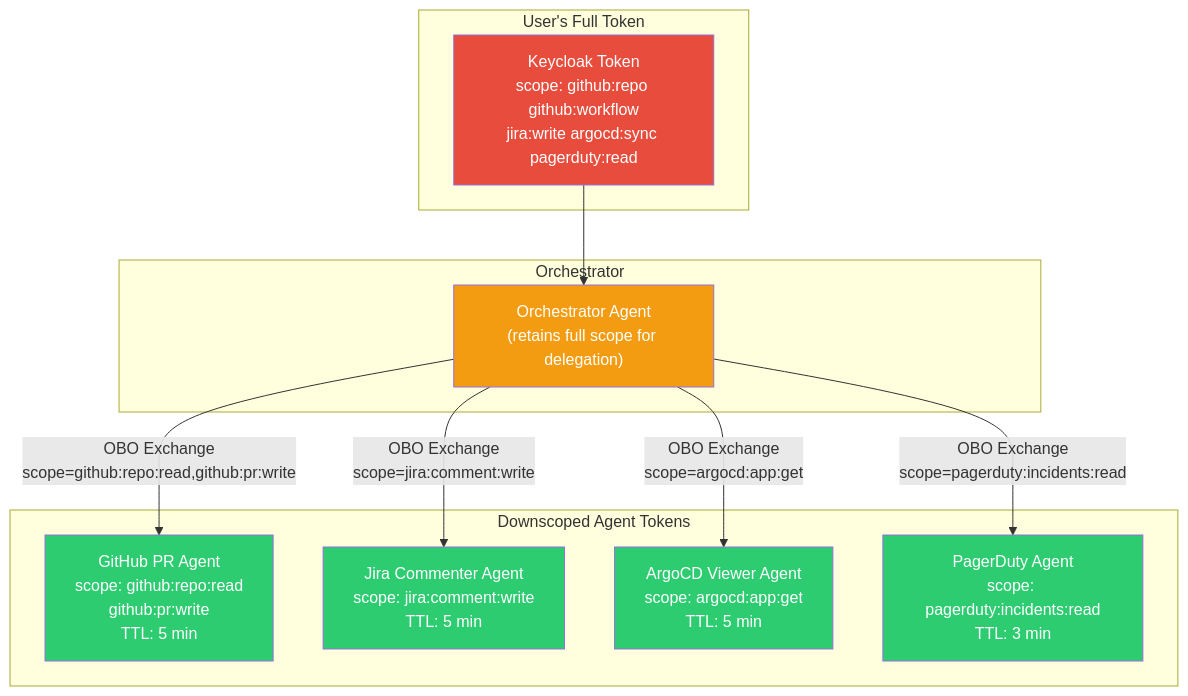
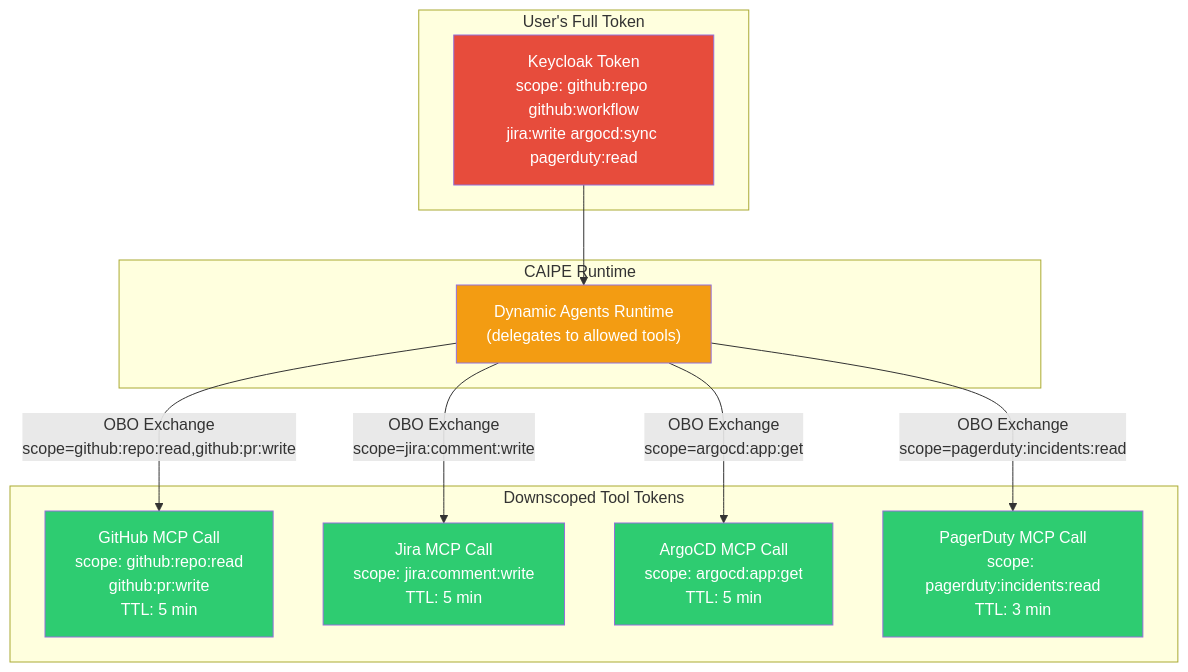
One commit to cnoe-io/ai-platform-engineering changed the fourth of 9 diagrams in docs/docs/architecture/enterprise-identity-federation.md. Above: the diagram before and after it, drawn with Mermaid. The commit also changed other lines of this file and 252 other files, not shown here.

````diff
--- a/docs/docs/architecture/enterprise-identity-federation.md
+++ b/docs/docs/architecture/enterprise-identity-federation.md
@@ -332,30 +336,30 @@
 ```mermaid
 graph TB
     subgraph "User's Full Token"
         UT["Keycloak Token<br/>scope: github:repo github:workflow<br/>jira:write argocd:sync pagerduty:read"]
     end
 
-    subgraph "Orchestrator"
-        ORCH["Orchestrator Agent<br/>(retains full scope for delegation)"]
+    subgraph "CAIPE Runtime"
+        DA["Dynamic Agents Runtime<br/>(delegates to allowed tools)"]
     end
 
-    subgraph "Downscoped Agent Tokens"
-        T_GH["GitHub PR Agent<br/>scope: github:repo:read<br/>github:pr:write<br/>TTL: 5 min"]
-        T_JIRA["Jira Commenter Agent<br/>scope: jira:comment:write<br/>TTL: 5 min"]
-        T_ARGO["ArgoCD Viewer Agent<br/>scope: argocd:app:get<br/>TTL: 5 min"]
-        T_PD["PagerDuty Agent<br/>scope: pagerduty:incidents:read<br/>TTL: 3 min"]
+    subgraph "Downscoped Tool Tokens"
+        T_GH["GitHub MCP Call<br/>scope: github:repo:read<br/>github:pr:write<br/>TTL: 5 min"]
+        T_JIRA["Jira MCP Call<br/>scope: jira:comment:write<br/>TTL: 5 min"]
+        T_ARGO["ArgoCD MCP Call<br/>scope: argocd:app:get<br/>TTL: 5 min"]
+        T_PD["PagerDuty MCP Call<br/>scope: pagerduty:incidents:read<br/>TTL: 3 min"]
     end
 
-    UT --> ORCH
-    ORCH -->|"OBO Exchange<br/>scope=github:repo:read,github:pr:write"| T_GH
-    ORCH -->|"OBO Exchange<br/>scope=jira:comment:write"| T_JIRA
-    ORCH -->|"OBO Exchange<br/>scope=argocd:app:get"| T_ARGO
-    ORCH -->|"OBO Exchange<br/>scope=pagerduty:incidents:read"| T_PD
+    UT --> DA
+    DA -->|"OBO Exchange<br/>scope=github:repo:read,github:pr:write"| T_GH
+    DA -->|"OBO Exchange<br/>scope=jira:comment:write"| T_JIRA
+    DA -->|"OBO Exchange<br/>scope=argocd:app:get"| T_ARGO
+    DA -->|"OBO Exchange<br/>scope=pagerduty:incidents:read"| T_PD
 
     style UT fill:#E74C3C,color:#fff
-    style ORCH fill:#F39C12,color:#fff
+    style DA fill:#F39C12,color:#fff
     style T_GH fill:#2ECC71,color:#fff
     style T_JIRA fill:#2ECC71,color:#fff
     style T_ARGO fill:#2ECC71,color:#fff
     style T_PD fill:#2ECC71,color:#fff
 ```
````
